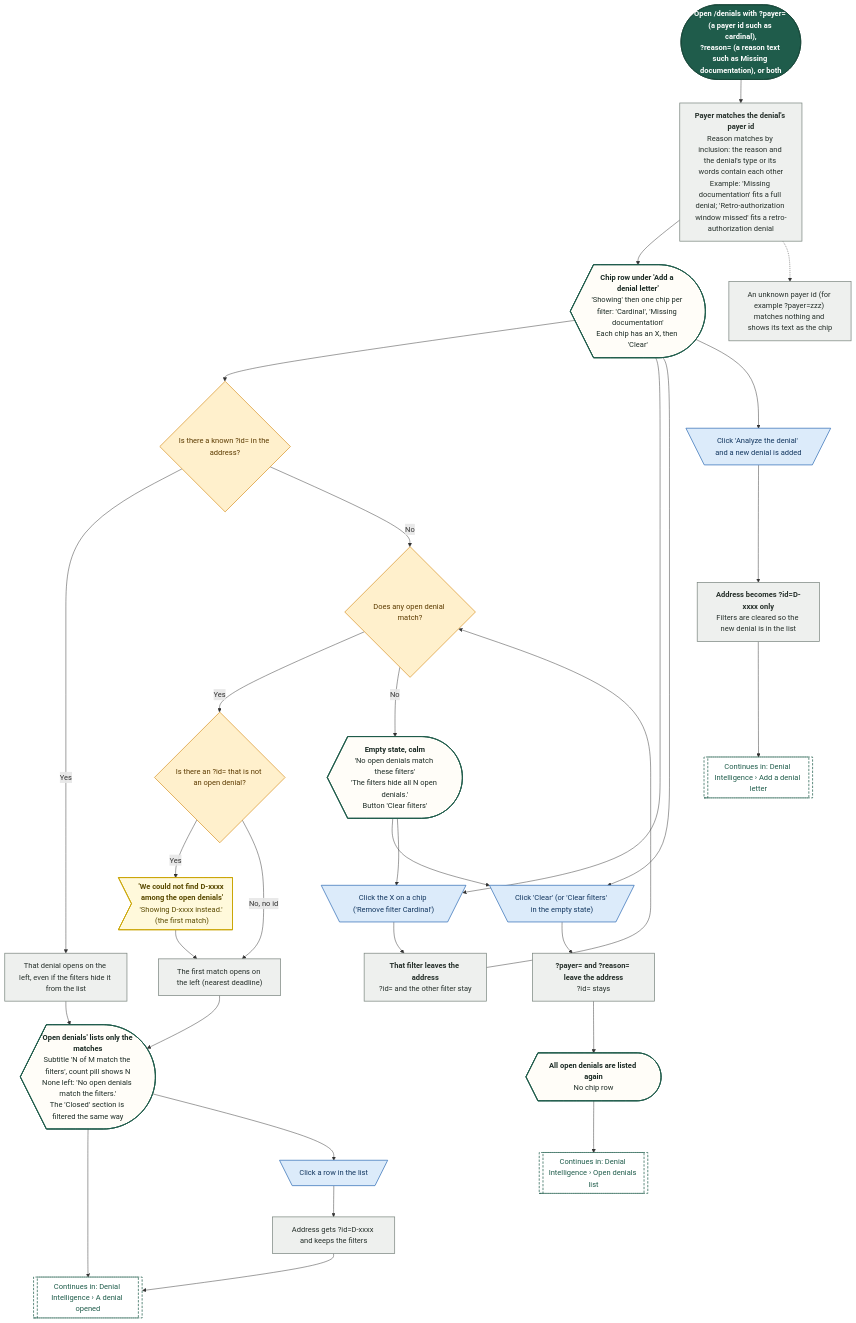
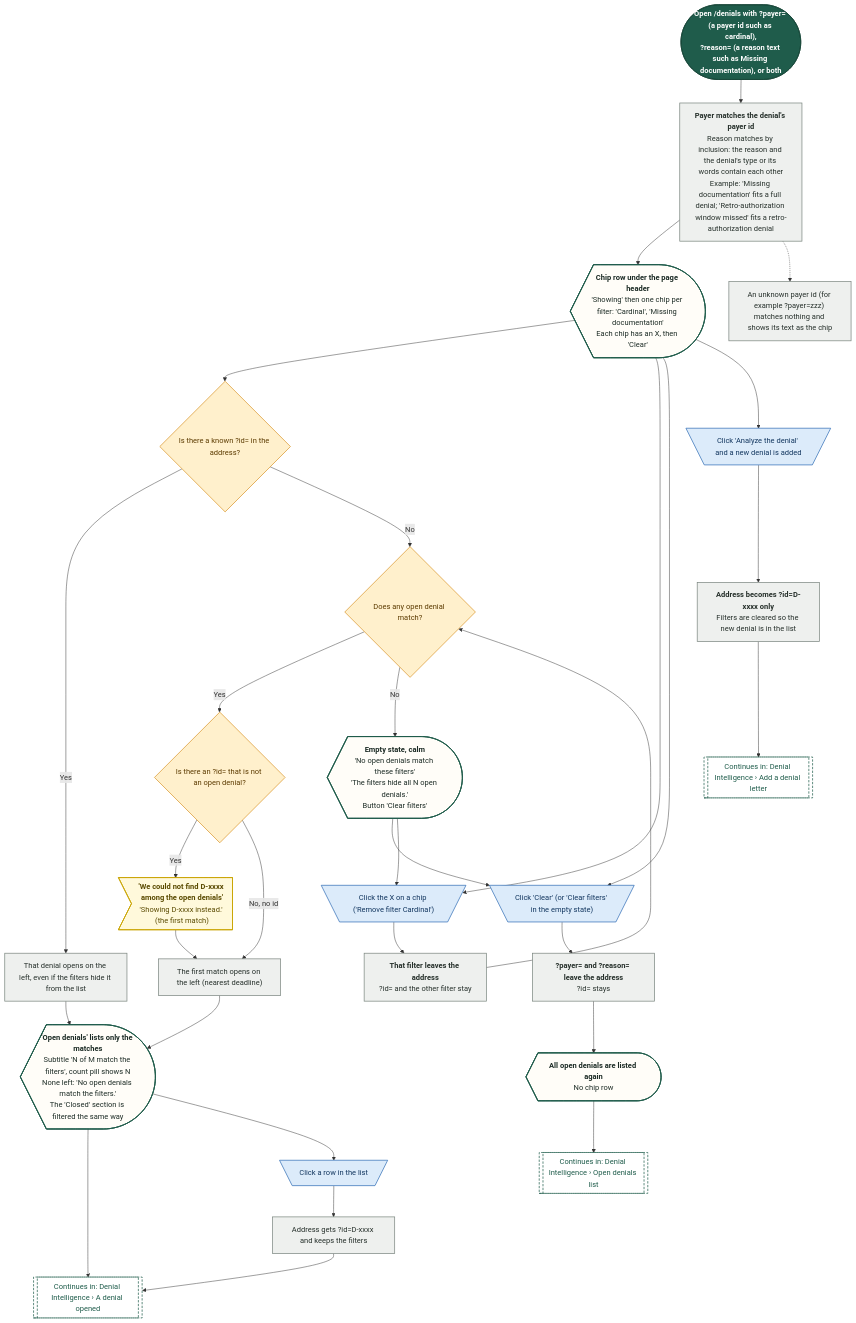
Before and after one commit to Shrav143/psyfloapp: the eighth of 27 diagrams in demos/prior-auth-demo/workflows/out/md/06-denials.md, drawn with Mermaid. The commit also changed other lines of this file and 192 other files, not shown here.

First line of the commit message:
docs: changelog by sidebar tab; README, diagrams and Settings layout aligned with the refinement; shared InfoTip; referral cost-share line

````diff
--- a/demos/prior-auth-demo/workflows/out/md/06-denials.md
+++ b/demos/prior-auth-demo/workflows/out/md/06-denials.md
@@ -597,67 +621,67 @@
 ```mermaid
 %%{init: {"theme":"base","themeVariables":{"fontFamily":"'DM Sans', 'Segoe UI', system-ui, sans-serif","fontSize":"15px","lineColor":"#5B6B63","primaryTextColor":"#1C2B25","clusterBkg":"#FBF8F3","clusterBorder":"#D9CDBB","edgeLabelBackground":"#FFFFFF"},"flowchart":{"curve":"basis","nodeSpacing":36,"rankSpacing":48,"padding":12,"htmlLabels":true,"useMaxWidth":false,"wrappingWidth":230}} }%%
 flowchart TD
   classDef k_start fill:#1F5C4B,stroke:#174638,color:#FFFFFF,stroke-width:1.5px,font-weight:600
   classDef k_end fill:#DDEFE3,stroke:#2E7D4F,color:#14502F,stroke-width:1.5px,font-weight:600
   classDef k_endx fill:#FBE3E0,stroke:#C0392B,color:#7A1F16,stroke-width:1.5px,font-weight:600
   classDef k_screen fill:#FFFDF8,stroke:#1F5C4B,color:#1C2B25,stroke-width:2px
   classDef k_overlay fill:#F1F7F3,stroke:#1F5C4B,color:#1C2B25,stroke-width:2px,stroke-dasharray:5 3
   classDef k_click fill:#DCEBFA,stroke:#2F6DB5,color:#12365F,stroke-width:1.5px
   classDef k_input fill:#E4E7FF,stroke:#4C5FD5,color:#1D2670,stroke-width:1.5px
   classDef k_process fill:#EEF0EE,stroke:#7A857F,color:#26302B,stroke-width:1.5px
   classDef k_agent fill:#EEE5FA,stroke:#7A4FC2,color:#341A63,stroke-width:1.5px
   classDef k_decision fill:#FFF0CC,stroke:#D9962B,color:#5C3B00,stroke-width:1.5px
   classDef k_store fill:#D5F0EA,stroke:#1C8E7B,color:#0B4A3F,stroke-width:1.5px
   classDef k_doc fill:#F6E9DC,stroke:#B07A4C,color:#4A2E14,stroke-width:1.5px
   classDef k_ext fill:#FFE6D2,stroke:#E07B39,color:#6B2F06,stroke-width:1.5px
   classDef k_wait fill:#E4E8EE,stroke:#6B7C93,color:#26303D,stroke-width:1.5px
   classDef k_toast fill:#FFF9DB,stroke:#C9A400,color:#5A4A00,stroke-width:1.5px
   classDef k_goto fill:#FFFFFF,stroke:#1F5C4B,color:#1F5C4B,stroke-width:1.5px,stroke-dasharray:5 3
   s1@{ shape: stadium, label: "<b>Open /denials with ?payer= (a payer id such as cardinal),</b><br/>?reason= (a reason text such as Missing documentation), or both" }
   p1@{ shape: rect, label: "<b>Payer matches the denial's payer id</b><br/>Reason matches by inclusion: the reason and the denial's type or its words contain each other<br/>Example: 'Missing documentation' fits a full denial; 'Retro-authorization window missed' fits a retro-authorization denial" }
-  sc1@{ shape: curv-trap, label: "<b>Chip row under 'Add a denial letter'</b><br/>'Showing' then one chip per filter: 'Cardinal', 'Missing documentation'<br/>Each chip has an X, then 'Clear'" }
+  sc1@{ shape: curv-trap, label: "<b>Chip row under the page header</b><br/>'Showing' then one chip per filter: 'Cardinal', 'Missing documentation'<br/>Each chip has an X, then 'Clear'" }
   d1@{ shape: diam, label: "Does any open denial match?" }
   l1@{ shape: curv-trap, label: "<b>'Open denials' lists only the matches</b><br/>Subtitle 'N of M match the filters', count pill shows N<br/>None left: 'No open denials match the filters.'<br/>The 'Closed' section is filtered the same way" }
   d2@{ shape: diam, label: "Is there a known ?id= in the address?" }
   p2@{ shape: rect, label: "That denial opens on the left, even if the filters hide it from the list" }
   p3@{ shape: rect, label: "The first match opens on the left (nearest deadline)" }
   d3@{ shape: diam, label: "Is there an ?id= that is not an open denial?" }
   t1@{ shape: odd, label: "<b>'We could not find D-xxxx among the open denials'</b><br/>'Showing D-xxxx instead.' (the first match)" }
   e0@{ shape: curv-trap, label: "<b>Empty state, calm</b><br/>'No open denials match these filters'<br/>'The filters hide all N open denials.'<br/>Button 'Clear filters'" }
   c1@{ shape: trap-t, label: "Click a row in the list" }
   p4@{ shape: rect, label: "Address gets ?id=D-xxxx and keeps the filters" }
   c2@{ shape: trap-t, label: "Click the X on a chip ('Remove filter Cardinal')" }
   p5@{ shape: rect, label: "<b>That filter leaves the address</b><br/>?id= and the other filter stay" }
   c3@{ shape: trap-t, label: "Click 'Clear' (or 'Clear filters' in the empty state)" }
   p6@{ shape: rect, label: "<b>?payer= and ?reason= leave the address</b><br/>?id= stays" }
   sc2@{ shape: curv-trap, label: "<b>All open denials are listed again</b><br/>No chip row" }
   c4@{ shape: trap-t, label: "Click 'Analyze the denial' and a new denial is added" }
   p7@{ shape: rect, label: "<b>Address becomes ?id=D-xxxx only</b><br/>Filters are cleared so the new denial is in the list" }
   g1@{ shape: subproc, label: "Continues in: Denial Intelligence › Open denials list" }
   g2@{ shape: subproc, label: "Continues in: Denial Intelligence › A denial opened" }
   g3@{ shape: subproc, label: "Continues in: Denial Intelligence › Add a denial letter" }
   p8@{ shape: rect, label: "An unknown payer id (for example ?payer=zzz) matches nothing and shows its text as the chip" }
   s1 --> p1 --> sc1 --> d2
   d2 -->|"Yes"| p2 --> l1
   l1 --> g2
   d2 -->|"No"| d1
   d1 -->|"Yes"| d3
   d3 -->|"Yes"| t1 --> p3
   d3 -->|"No, no id"| p3
   p3 --> l1
   d1 -->|"No"| e0
   l1 --> c1 --> p4 --> g2
   sc1 --> c2 --> p5 --> d1
   sc1 --> c3 --> p6 --> sc2 --> g1
   e0 --> c3
   e0 --> c2
   sc1 --> c4 --> p7 --> g3
   p1 -.-> p8
   class s1 k_start
   class p1,p2,p3,p4,p5,p6,p7,p8 k_process
   class sc1,l1,e0,sc2 k_screen
   class d1,d2,d3 k_decision
   class t1 k_toast
   class c1,c2,c3,c4 k_click
   class g1,g2,g3 k_goto
 ```
````
